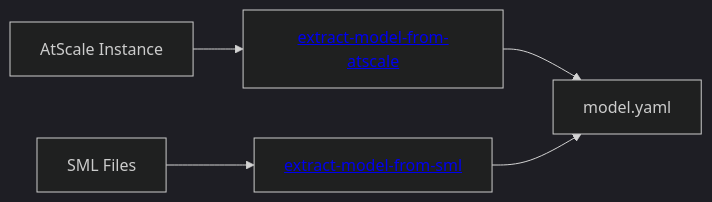
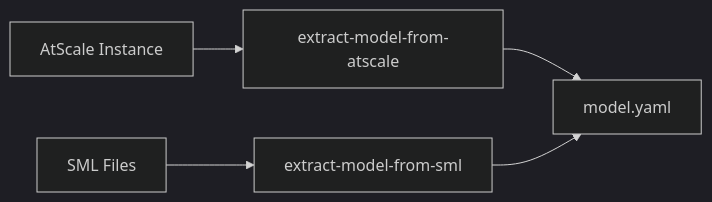
The first of 8 diagrams in README.md (AtScaleInc/ps-utils), drawn with Mermaid (dark theme) before and after one commit. The commit also changed other lines of this file and 1 other file, not shown here.

Commit message:
fix: remove HTML links from mermaid diagrams in README and ACTIONS documentation

````diff
--- a/README.md
+++ b/README.md
@@ -16,5 +16,5 @@
 ```mermaid
 flowchart LR
-    ATS["AtScale Instance"] --> A["<a href='#extract-model-from-atscale'>extract-model-from-atscale</a>"] --> MODEL["model.yaml"]
-    SML["SML Files"] --> B["<a href='#extract-model-from-sml'>extract-model-from-sml</a>"] --> MODEL
+    ATS["AtScale Instance"] --> A["extract-model-from-atscale"] --> MODEL["model.yaml"]
+    SML["SML Files"] --> B["extract-model-from-sml"] --> MODEL
 ```
````
